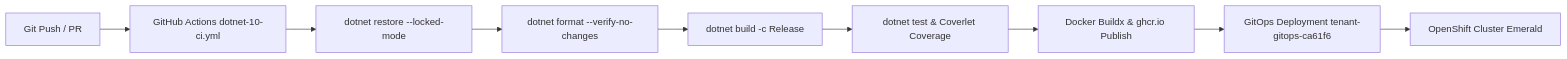
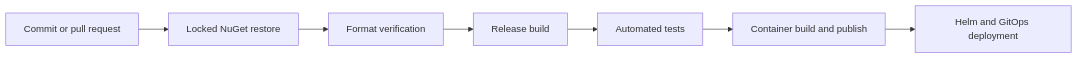
The second of 2 diagrams in docs/architecture.md (bcgov/RfcBuddy), drawn with Mermaid before and after one commit. The commit also changed other lines of this file and 19 other files, not shown here.

Commit message:
Renewed architecture and security scan + fixes

````diff
--- a/docs/architecture.md
+++ b/docs/architecture.md
@@ -172,11 +193,9 @@
 ```mermaid
 graph LR
-    Commit[Git Push / PR] --> CI[GitHub Actions dotnet-10-ci.yml]
-    CI --> Restore[dotnet restore --locked-mode]
-    Restore --> Lint[dotnet format --verify-no-changes]
-    Lint --> Build[dotnet build -c Release]
-    Build --> Test[dotnet test & Coverlet Coverage]
-    Test --> DockerBuild[Docker Buildx & ghcr.io Publish]
-    DockerBuild --> GitOps[GitOps Deployment tenant-gitops-ca61f6]
-    GitOps --> OpenShift[OpenShift Cluster Emerald]
+    Commit[Commit or pull request] --> Restore[Locked NuGet restore]
+    Restore --> Lint[Format verification]
+    Lint --> Build[Release build]
+    Build --> Test[Automated tests]
+    Test --> Image[Container build and publish]
+    Image --> GitOps[Helm and GitOps deployment]
 ```
````
